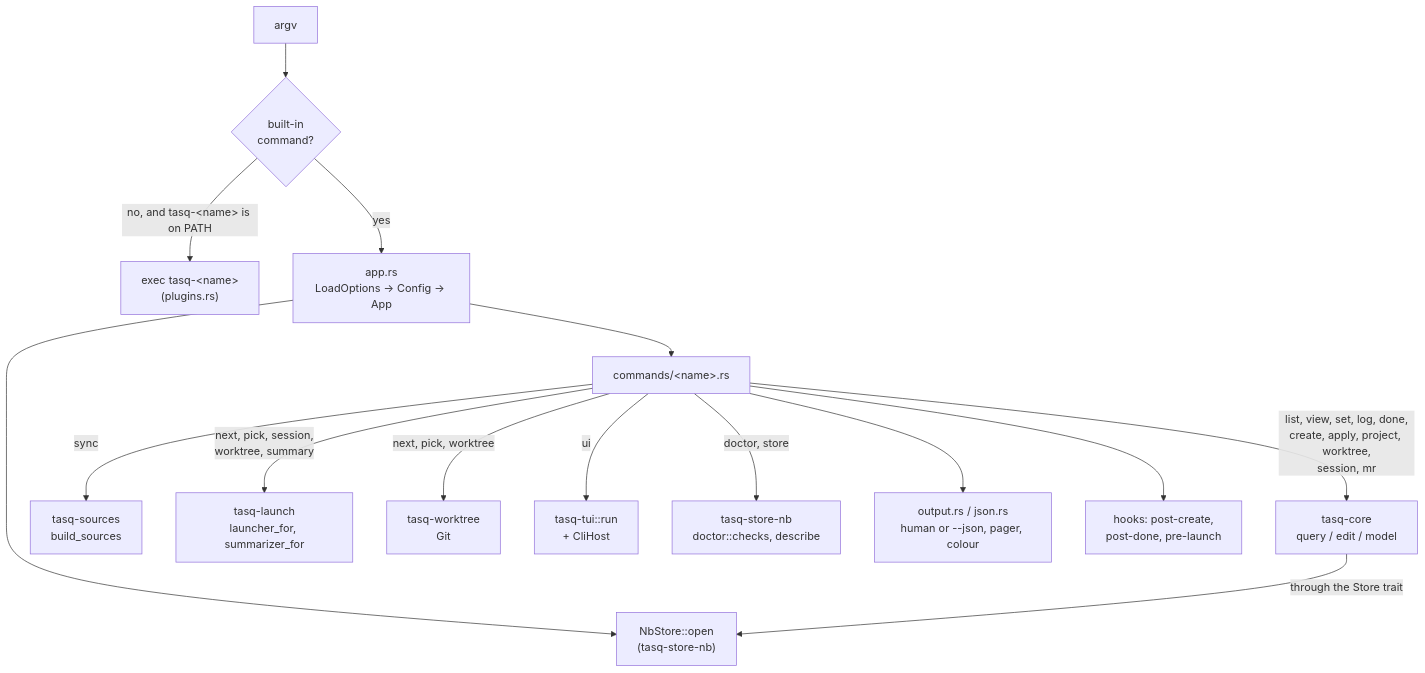
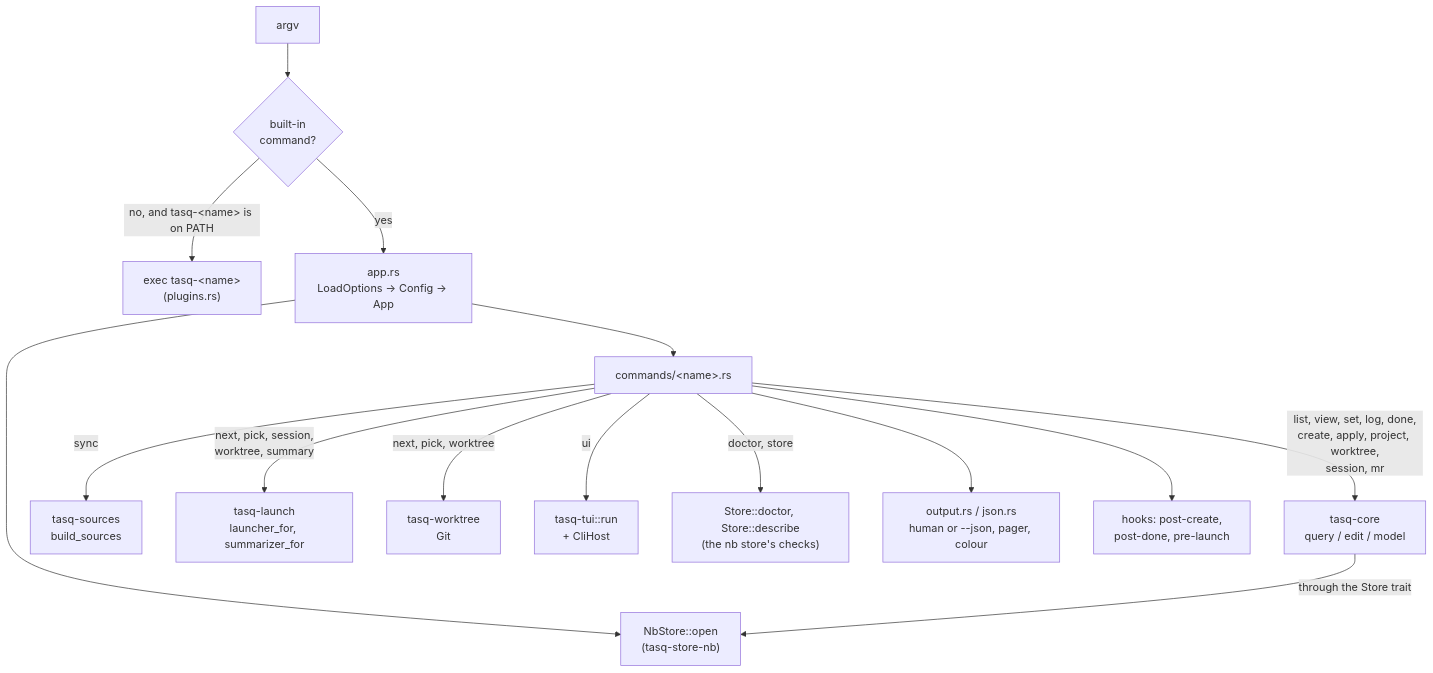
One commit to pauc/tasq changed the sixth of 7 diagrams in docs/architecture.md. Above: the diagram before and after it, drawn with Mermaid. The commit also changed other lines of this file and 53 other files, not shown here.

````diff
--- a/docs/architecture.md
+++ b/docs/architecture.md
@@ -293,17 +294,17 @@
 ```mermaid
 flowchart TB
     argv["argv"] --> dispatch{"built-in<br/>command?"}
     dispatch -->|"no, and tasq-&lt;name&gt; is on PATH"| plugin["exec tasq-&lt;name&gt;<br/>(plugins.rs)"]
     dispatch -->|"yes"| app["app.rs<br/>LoadOptions → Config → App"]
     app --> open["NbStore::open<br/>(tasq-store-nb)"]
     app --> cmd["commands/&lt;name&gt;.rs"]
     cmd -->|"list, view, set, log, done,<br/>create, apply, project, worktree,<br/>session, mr"| core["tasq-core<br/>query / edit / model"]
     cmd -->|"sync"| src["tasq-sources<br/>build_sources"]
     cmd -->|"next, pick, session,<br/>worktree, summary"| lnch["tasq-launch<br/>launcher_for, summarizer_for"]
     cmd -->|"next, pick, worktree"| wt["tasq-worktree<br/>Git"]
     cmd -->|"ui"| tui["tasq-tui::run<br/>+ CliHost"]
-    cmd -->|"doctor, store"| store_doc["tasq-store-nb<br/>doctor::checks, describe"]
+    cmd -->|"doctor, store"| store_doc["Store::doctor, Store::describe<br/>(the nb store's checks)"]
     core -->|"through the Store trait"| open
     cmd --> out["output.rs / json.rs<br/>human or --json, pager, colour"]
     cmd --> hooks["hooks: post-create,<br/>post-done, pre-launch"]
 ```
````
